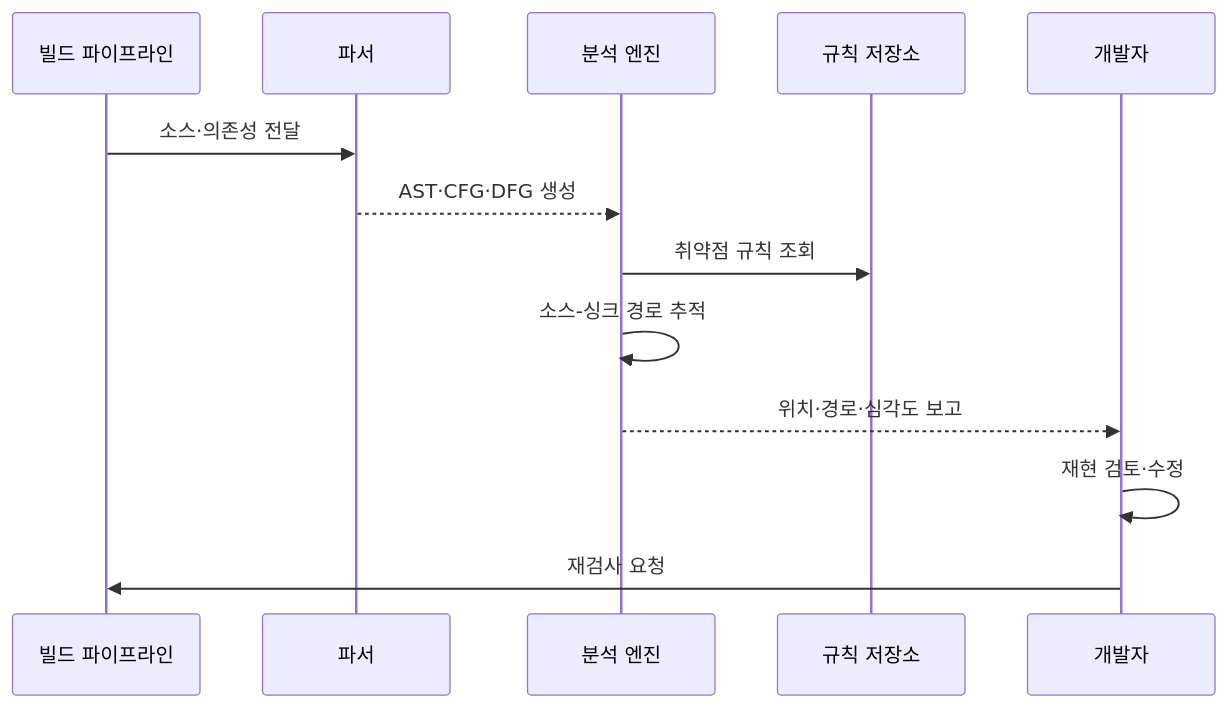
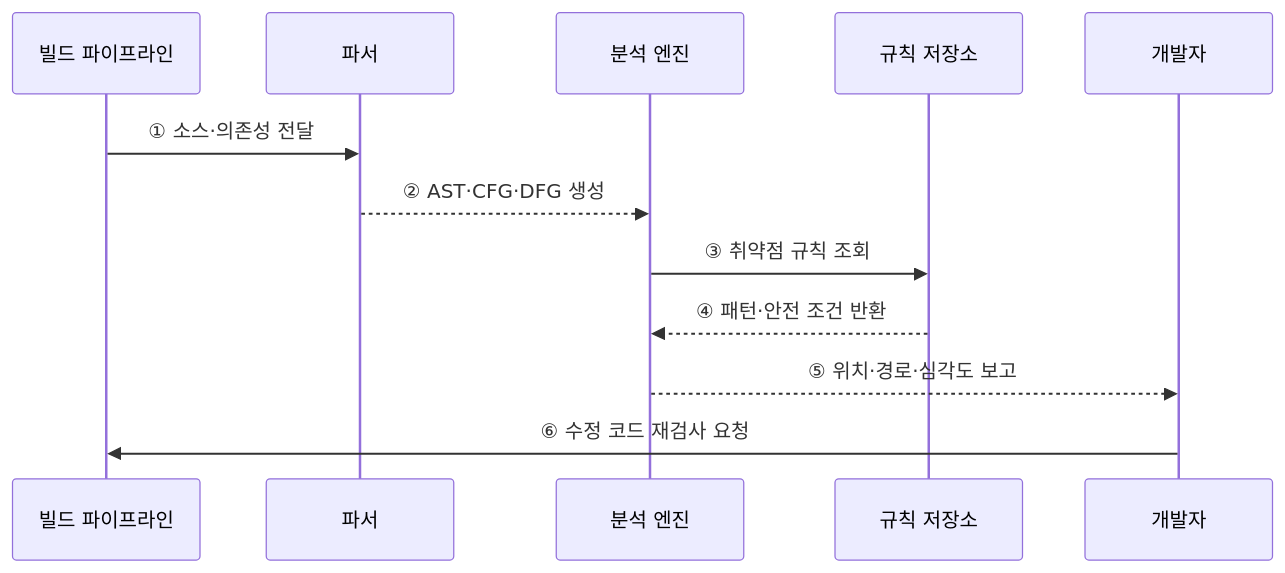
The second of 2 diagrams in src/content/docs/notes/03-software/067_static_application_security_testing.md (agnusdei1207/knowledge-base), drawn with Mermaid before and after one commit. The commit also changed other lines of this file and 20 other files, not shown here.

````diff
--- a/src/content/docs/notes/03-software/067_static_application_security_testing.md
+++ b/src/content/docs/notes/03-software/067_static_application_security_testing.md
@@ -79,15 +68,14 @@
 ```mermaid
 sequenceDiagram
     participant B as 빌드 파이프라인
     participant P as 파서
     participant A as 분석 엔진
     participant R as 규칙 저장소
     participant D as 개발자
-    B->>P: 소스·의존성 전달
-    P-->>A: AST·CFG·DFG 생성
-    A->>R: 취약점 규칙 조회
-    A->>A: 소스-싱크 경로 추적
-    A-->>D: 위치·경로·심각도 보고
-    D->>D: 재현 검토·수정
-    D->>B: 재검사 요청
+    B->>P: ① 소스·의존성 전달
+    P-->>A: ② AST·CFG·DFG 생성
+    A->>R: ③ 취약점 규칙 조회
+    R-->>A: ④ 패턴·안전 조건 반환
+    A-->>D: ⑤ 위치·경로·심각도 보고
+    D->>B: ⑥ 수정 코드 재검사 요청
 ```
````
